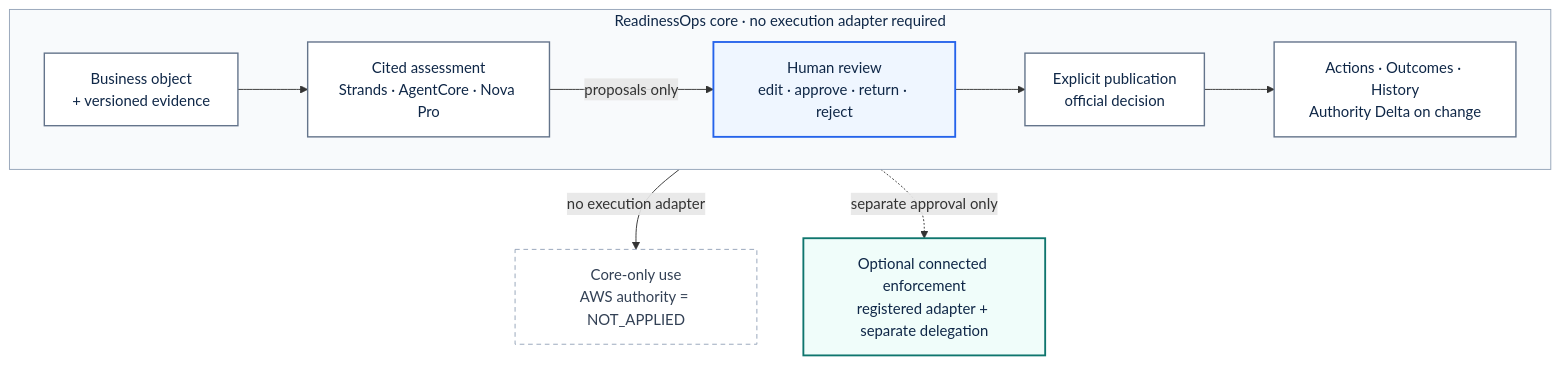
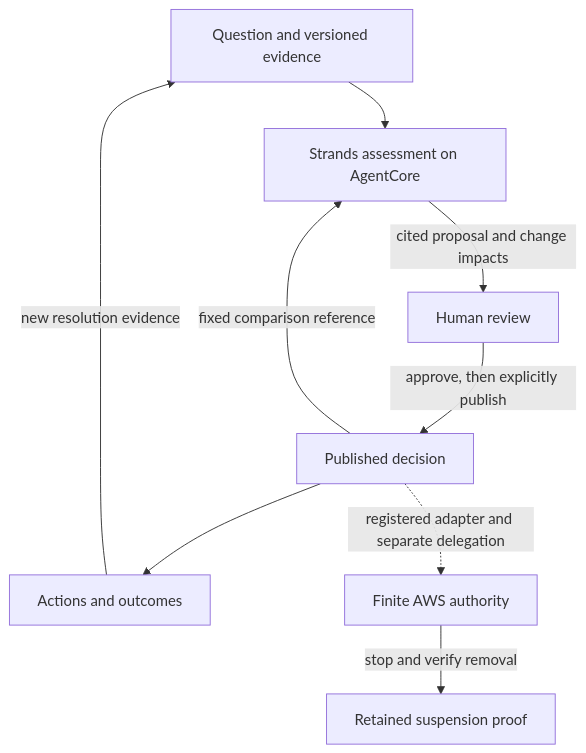
One commit to solidfdn/readinessops-authority-delta changed the diagram in README.md. Above: the diagram before and after it, drawn with Mermaid. The commit also changed other lines of this file and 3 other files, not shown here.

Commit message:
Present the complete product, human value and verified AWS results with a focused judge journey

````diff
--- a/README.md
+++ b/README.md
@@ -117,31 +91,11 @@
 ```mermaid
 flowchart TB
-    subgraph core["ReadinessOps core · no execution adapter required"]
-        direction LR
-        evidence["Business object<br/>+ versioned evidence"]
-        agent["Cited assessment<br/>Strands · AgentCore · Nova Pro"]
-        review["Human review<br/>edit · approve · return · reject"]
-        publication["Explicit publication<br/>official decision"]
-        operations["Actions · Outcomes · History<br/>Authority Delta on change"]
-
-        evidence --> agent -->|"proposals only"| review
-        review --> publication --> operations
-    end
-
-    notApplied["Core-only use<br/>AWS authority = NOT_APPLIED"]
-    connected["Optional connected enforcement<br/>registered adapter + separate delegation"]
-
-    publication -->|"no execution adapter"| notApplied
-    publication -.->|"separate approval only"| connected
-
-    classDef coreNode fill:#FFFFFF,stroke:#64748B,color:#0F2747,stroke-width:1.5px
-    classDef human fill:#EFF6FF,stroke:#2563EB,color:#0F2747,stroke-width:2px
-    classDef optional fill:#F0FDFA,stroke:#0F766E,color:#0F2747,stroke-width:2px
-    classDef inactive fill:#FFFFFF,stroke:#94A3B8,color:#334155,stroke-dasharray:5 4
-
-    class evidence,agent,publication,operations coreNode
-    class review human
-    class connected optional
-    class notApplied inactive
-    style core fill:#F8FAFC,stroke:#94A3B8,color:#0F2747
+    evidence["Question and versioned evidence"] --> agent["Strands assessment on AgentCore"]
+    prior["Published decision"] -->|"fixed comparison reference"| agent
+    agent -->|"cited proposal and change impacts"| human["Human review"]
+    human -->|"approve, then explicitly publish"| prior
+    prior --> work["Actions and outcomes"]
+    work -->|"new resolution evidence"| evidence
+    prior -.->|"registered adapter and separate delegation"| authority["Finite AWS authority"]
+    authority -->|"stop and verify removal"| proof["Retained suspension proof"]
 ```
````
